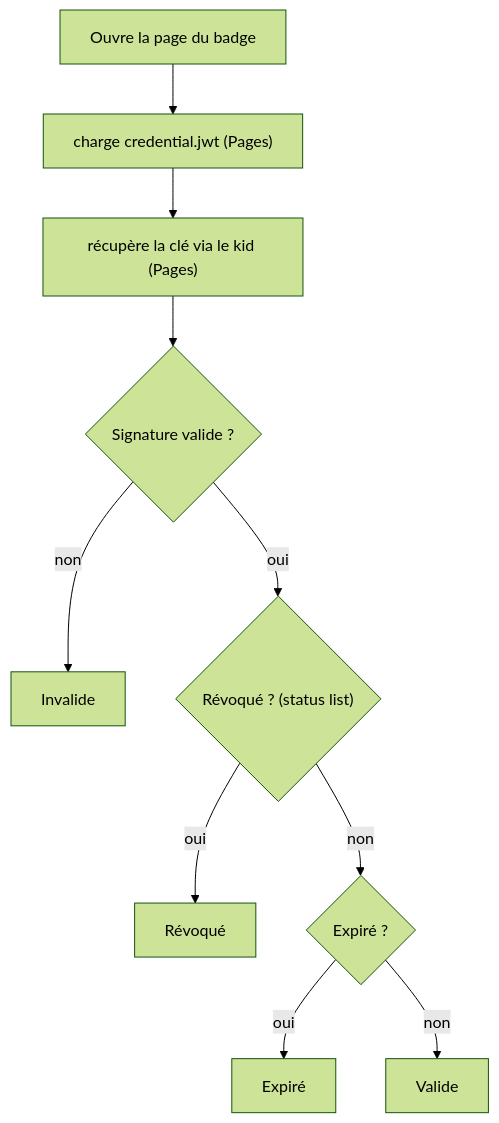
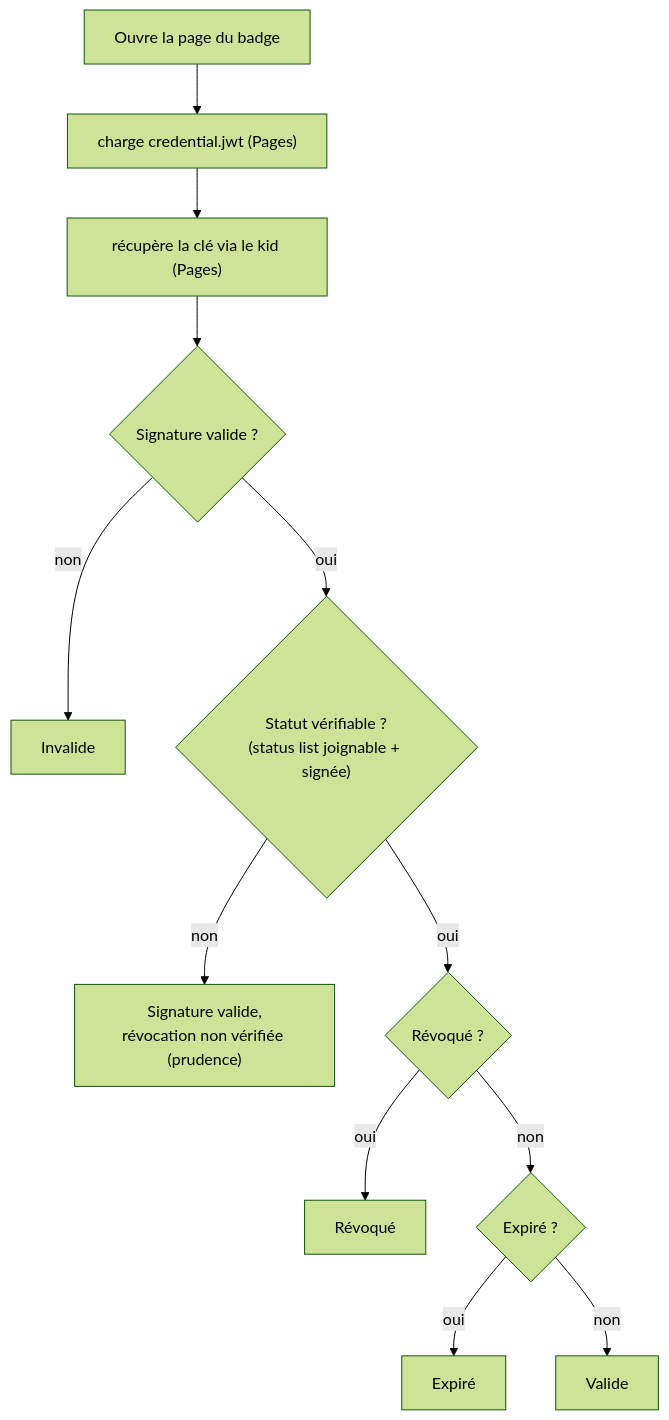
One commit to ai-driven-dev/badges changed the third of 5 diagrams in docs/ARCHITECTURE.md. Above: the diagram before and after it, drawn with Mermaid (forest theme). The commit also changed other lines of this file and 5 other files, not shown here.

First line of the commit message:
docs: canonical URL map + key lifecycle diagram, purge stale single-host (#80)

````diff
--- a/docs/ARCHITECTURE.md
+++ b/docs/ARCHITECTURE.md
@@ -49,12 +49,14 @@
 ```mermaid
 flowchart TD
   A["Ouvre la page du badge"] --> B["charge credential.jwt (Pages)"]
   B --> C["récupère la clé via le kid (Pages)"]
   C --> D{"Signature valide ?"}
   D -->|non| INV["Invalide"]
-  D -->|oui| E{"Révoqué ? (status list)"}
+  D -->|oui| S{"Statut vérifiable ?<br/>(status list joignable + signée)"}
+  S -->|non| UNK["Signature valide,<br/>révocation non vérifiée (prudence)"]
+  S -->|oui| E{"Révoqué ?"}
   E -->|oui| REV["Révoqué"]
   E -->|non| F{"Expiré ?"}
   F -->|oui| EXP["Expiré"]
   F -->|non| OK["Valide"]
 ```
````
